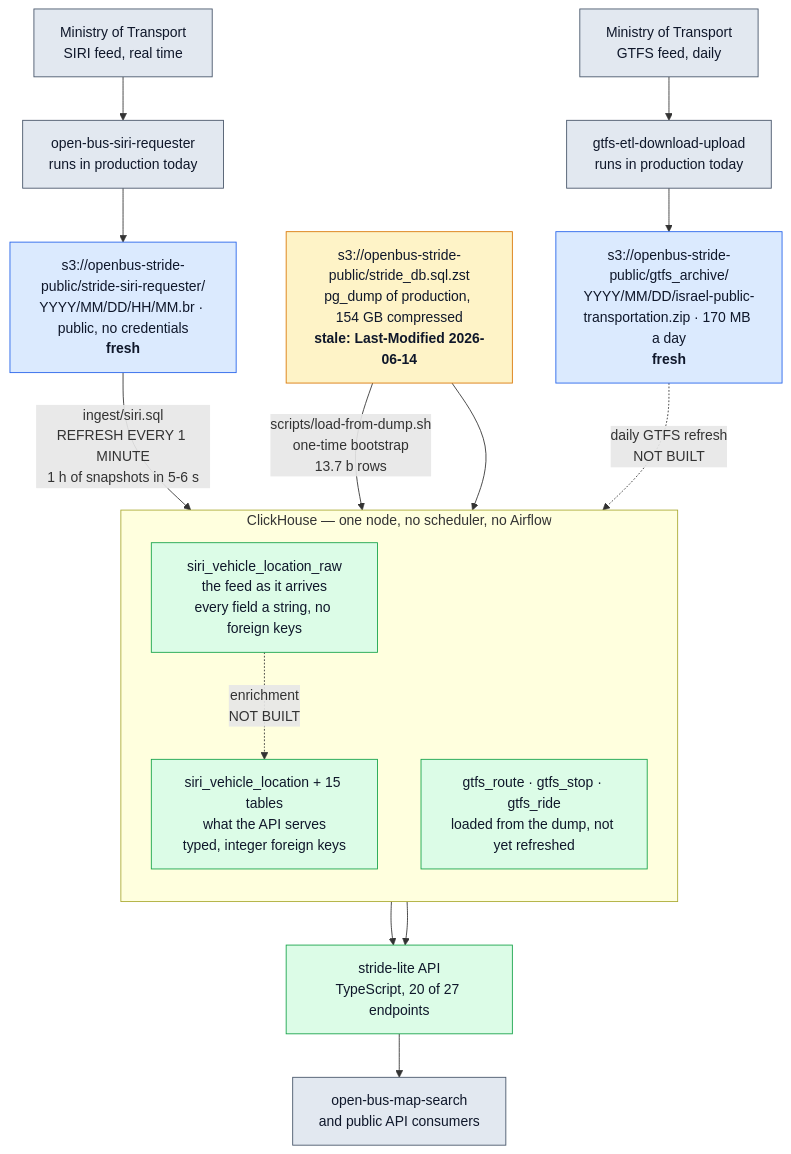
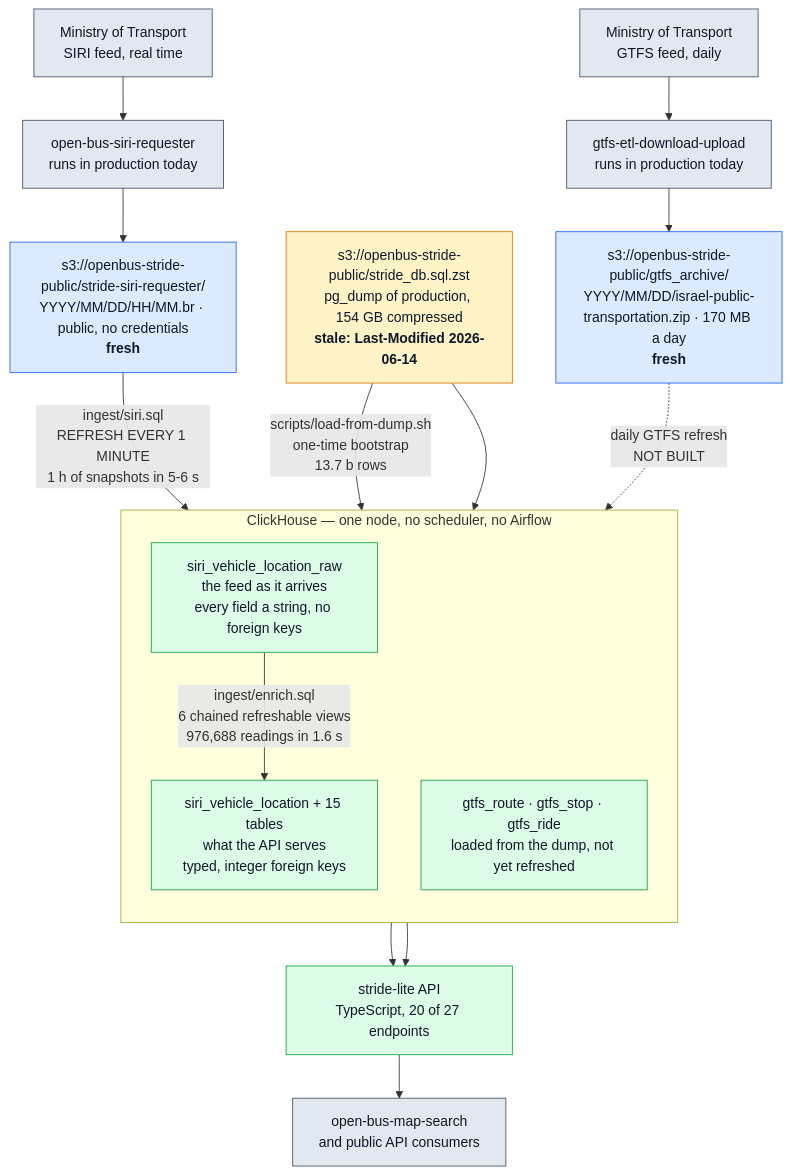
Before and after one commit to NoamGaash/stride-lite: the diagram in README.he.md, drawn with Mermaid. The commit also changed other lines of this file and 7 other files, not shown here.

````diff
--- a/README.he.md
+++ b/README.he.md
@@ -173,41 +176,41 @@
 ```mermaid
 flowchart TB
     MOT["Ministry of Transport<br/>SIRI feed, real time"]
     MOTG["Ministry of Transport<br/>GTFS feed, daily"]
 
     MOT --> REQ["open-bus-siri-requester<br/>runs in production today"]
     MOTG --> REQG["gtfs-etl-download-upload<br/>runs in production today"]
 
     REQ --> S3S["s3://openbus-stride-public/stride-siri-requester/<br/>YYYY/MM/DD/HH/MM.br &middot; public, no credentials<br/><b>fresh</b>"]
     REQG --> S3G["s3://openbus-stride-public/gtfs_archive/<br/>YYYY/MM/DD/israel-public-transportation.zip &middot; 170 MB a day<br/><b>fresh</b>"]
 
     DUMP["s3://openbus-stride-public/stride_db.sql.zst<br/>pg_dump of production, 154 GB compressed<br/><b>stale: Last-Modified 2026-06-14</b>"]
 
     subgraph CH["ClickHouse &mdash; one node, no scheduler, no Airflow"]
         direction TB
         RAW["siri_vehicle_location_raw<br/>the feed as it arrives<br/>every field a string, no foreign keys"]
         TYPED["siri_vehicle_location + 15 tables<br/>what the API serves<br/>typed, integer foreign keys"]
         GTFS["gtfs_route &middot; gtfs_stop &middot; gtfs_ride<br/>loaded from the dump, not yet refreshed"]
     end
 
     S3S -->|"ingest/siri.sql<br/>REFRESH EVERY 1 MINUTE<br/>1 h of snapshots in 5-6 s"| RAW
     DUMP -->|"scripts/load-from-dump.sh<br/>one-time bootstrap<br/>13.7 b rows"| TYPED
     DUMP --> GTFS
     S3G -.->|"daily GTFS refresh<br/>NOT BUILT"| GTFS
-    RAW -.->|"enrichment<br/>NOT BUILT"| TYPED
+    RAW -->|"ingest/enrich.sql<br/>6 chained refreshable views<br/>976,688 readings in 1.6 s"| TYPED
 
     TYPED --> API["stride-lite API<br/>TypeScript, 20 of 27 endpoints"]
     GTFS --> API
     API --> FE["open-bus-map-search<br/>and public API consumers"]
 
     classDef ext fill:#e2e8f0,stroke:#475569,color:#0f172a
     classDef live fill:#dbeafe,stroke:#2563eb,color:#0f172a
     classDef stale fill:#fef3c7,stroke:#d97706,color:#0f172a
     classDef done fill:#dcfce7,stroke:#16a34a,color:#0f172a
     classDef todo fill:#fee2e2,stroke:#dc2626,color:#0f172a
 
     class MOT,MOTG,REQ,REQG,FE ext
     class S3S,S3G live
     class DUMP stale
     class RAW,TYPED,GTFS,API done
 ```
````
